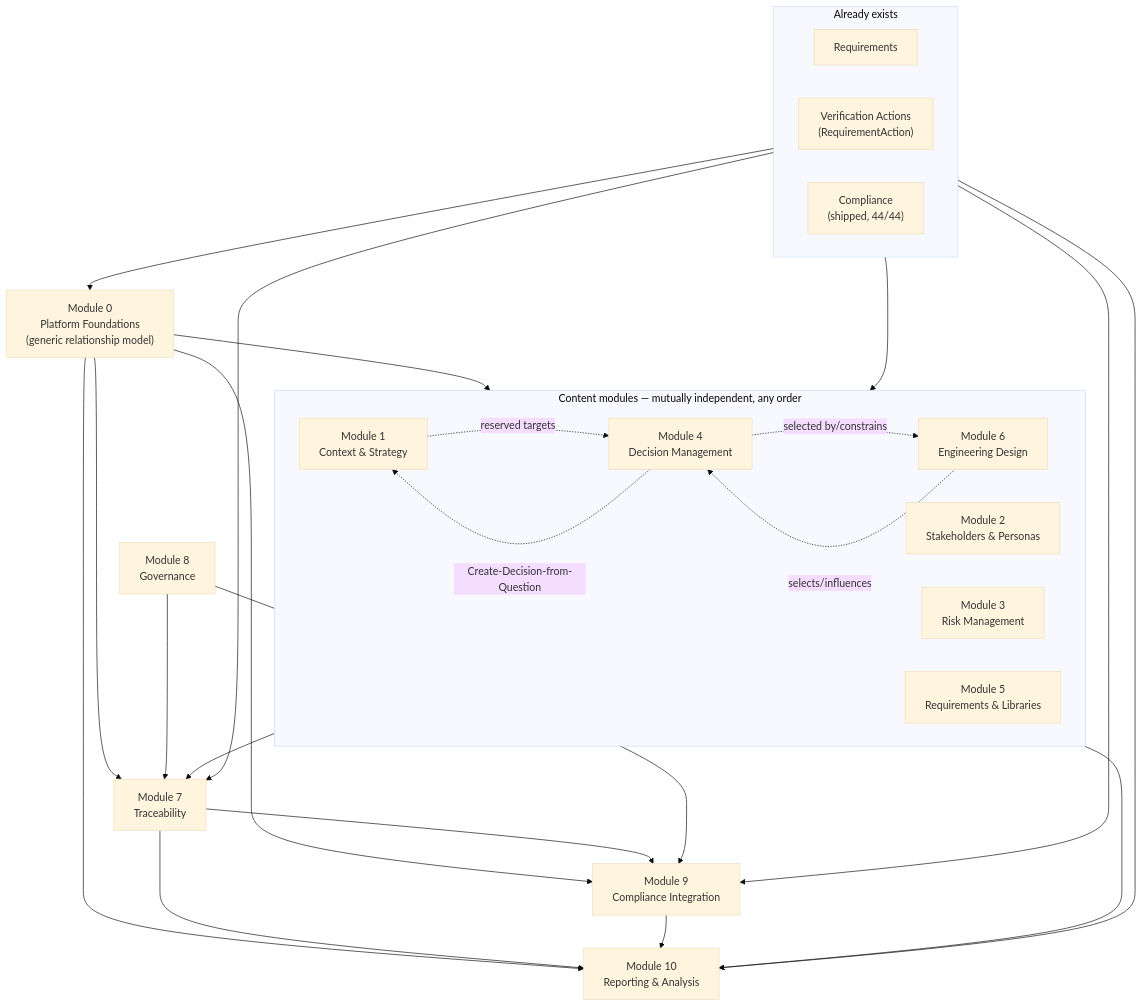
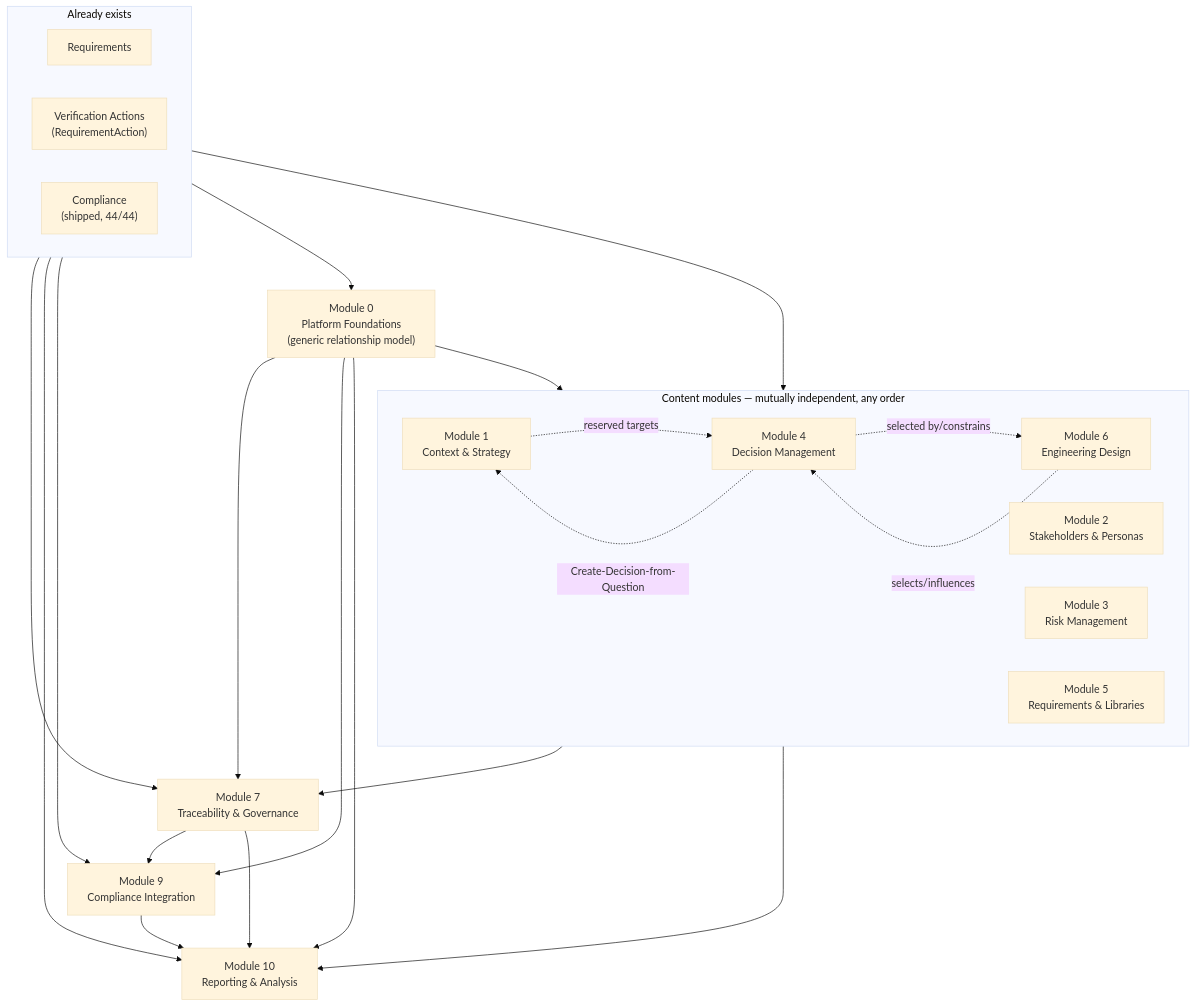
One commit to ballardr/reqtrackmanager changed the first of 2 diagrams in docs/plans/future-modules-2026-09-index.md. Above: the diagram before and after it, drawn with Mermaid (base theme). The commit also changed other lines of this file and 1294 other files, not shown here.

````diff
--- a/docs/plans/future-modules-2026-09-index.md
+++ b/docs/plans/future-modules-2026-09-index.md
@@ -222,49 +222,46 @@
 ```mermaid
 flowchart TD
     subgraph EXIST["Already exists"]
         direction LR
         REQ["Requirements"]
         VER["Verification Actions\n(RequirementAction)"]
         COMPEX["Compliance\n(shipped, 44/44)"]
     end
 
     M0["Module 0\nPlatform Foundations\n(generic relationship model)"]
 
     subgraph CONTENT["Content modules — mutually independent, any order"]
         direction LR
         M1["Module 1\nContext & Strategy"]
         M2["Module 2\nStakeholders & Personas"]
         M4["Module 4\nDecision Management"]
         M3["Module 3\nRisk Management"]
         M6["Module 6\nEngineering Design"]
         M5["Module 5\nRequirements & Libraries"]
     end
 
-    M8["Module 8\nGovernance"]
-    M7["Module 7\nTraceability"]
+    GT["Module 7\nTraceability & Governance"]
     M9["Module 9\nCompliance Integration"]
     M10["Module 10\nReporting & Analysis"]
 
     EXIST --> M0
     EXIST --> CONTENT
     M0 --> CONTENT
-    M0 --> M7
+    M0 --> GT
     M0 --> M9
     M0 --> M10
-    VER --> M7
+    VER --> GT
     VER --> M10
 
-    M8 --> M7
-    CONTENT --> M7
-    M7 --> M9
-    M8 --> M9
+    CONTENT --> GT
+    GT --> M9
     COMPEX --> M9
     CONTENT --> M10
-    M7 --> M10
+    GT --> M10
     M9 --> M10
 
     M1 -. reserved targets .-> M4
     M4 -. Create-Decision-from-Question .-> M1
     M6 -. selects/influences .-> M4
     M4 -. selected by/constrains .-> M6
 ```
````
